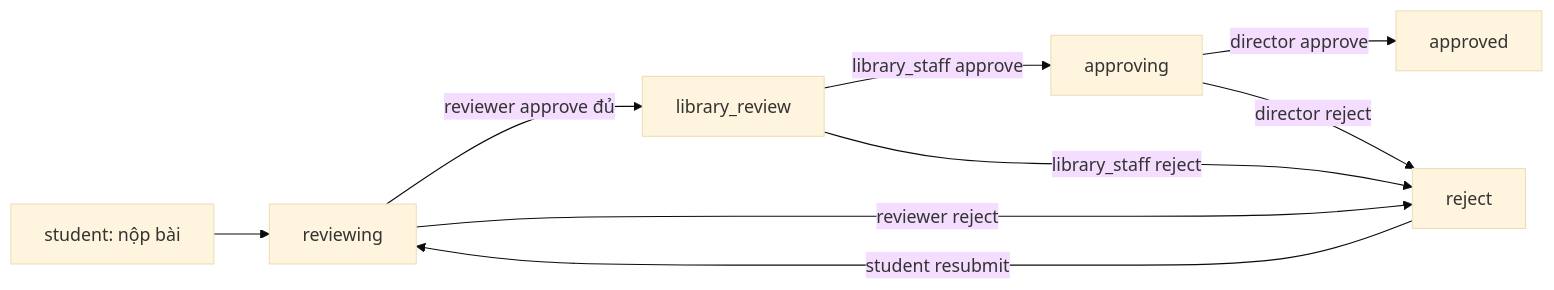
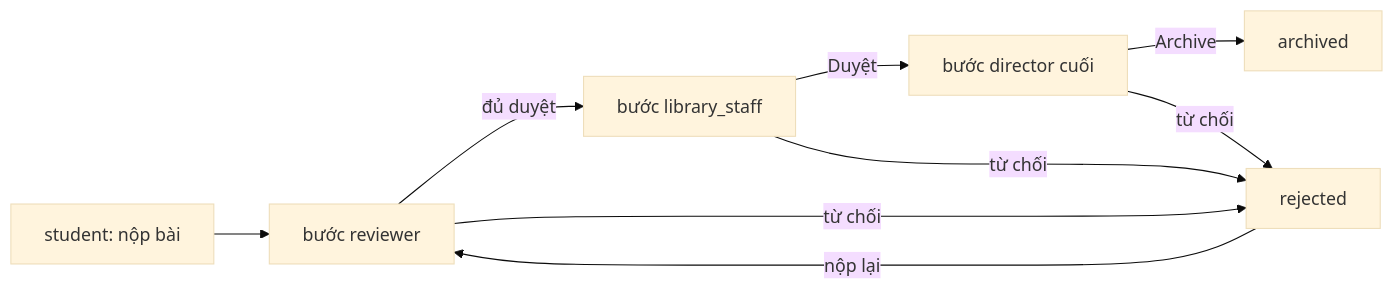
Before and after one commit to BewBam/thesis-submission-system: the diagram in docs/user-roles.md, drawn with Mermaid (base theme). The commit also changed other lines of this file and 14 other files, not shown here.

````diff
--- a/docs/user-roles.md
+++ b/docs/user-roles.md
@@ -165,11 +170,11 @@
 ```mermaid
 flowchart LR
-  S[student: nộp bài] --> R[reviewing]
-  R -->|reviewer approve đủ| L[library_review]
-  R -->|reviewer reject| X[reject]
-  L -->|library_staff approve| A[approving]
-  L -->|library_staff reject| X
-  A -->|director approve| OK[approved]
-  A -->|director reject| X
-  X -->|student resubmit| R
+  S[student: nộp bài] --> R[bước reviewer]
+  R -->|đủ duyệt| L[bước library_staff]
+  R -->|từ chối| X[rejected]
+  L -->|Duyệt| D[bước director cuối]
+  L -->|từ chối| X
+  D -->|Archive| AR[archived]
+  D -->|từ chối| X
+  X -->|nộp lại| R
 ```
````
